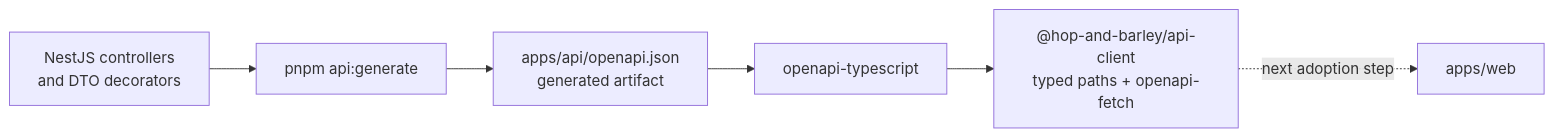
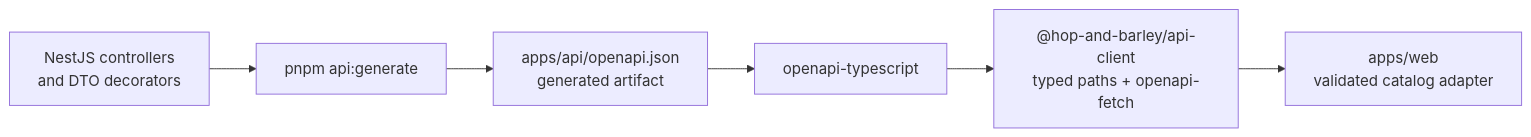
The second of 2 diagrams in README.md (ferbert-dev/hop-and-barley-store), drawn with Mermaid before and after one commit. The commit also changed other lines of this file and 148 other files, not shown here.

````diff
--- a/README.md
+++ b/README.md
@@ -48,8 +49,8 @@
 ```mermaid
 flowchart LR
     Source["NestJS controllers<br/>and DTO decorators"] --> Generate["pnpm api:generate"]
     Generate --> OpenAPI["apps/api/openapi.json<br/>generated artifact"]
     OpenAPI --> Types["openapi-typescript"]
     Types --> Client["@hop-and-barley/api-client<br/>typed paths + openapi-fetch"]
-    Client -. "next adoption step" .-> Web["apps/web"]
+    Client --> Web["apps/web<br/>validated catalog adapter"]
 ```
````
